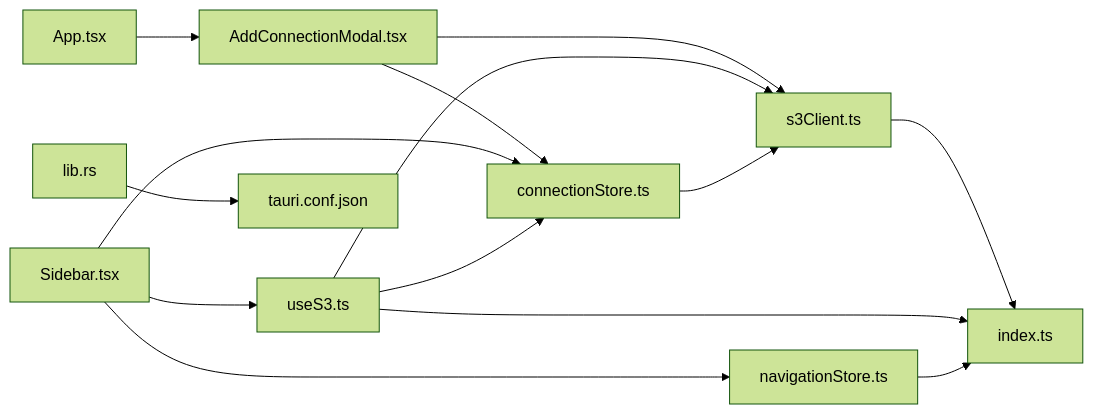
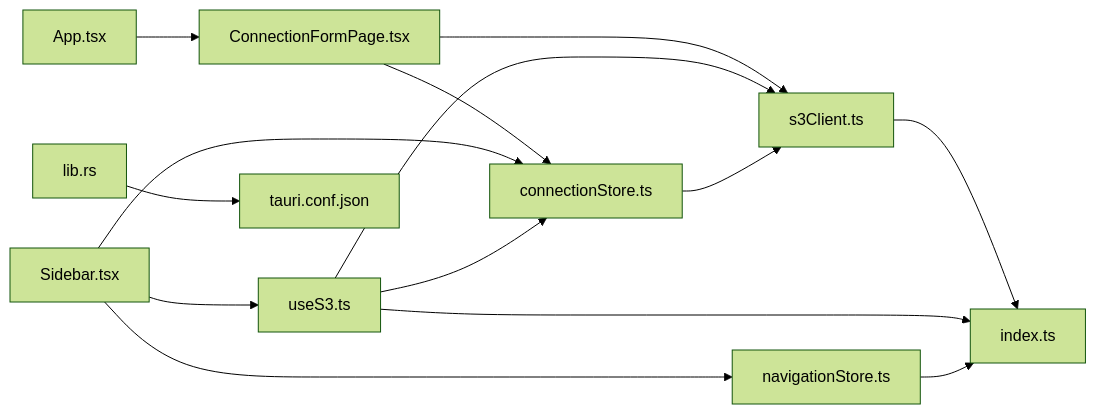
Before and after one commit to nasrulhadi/s3-explorer: the seventh of 7 diagrams in .qoder/repowiki/en/content/Core Features/Connection Management.md, drawn with Mermaid (forest theme). The commit also changed other lines of this file and 26 other files, not shown here.

````diff
--- a/.qoder/repowiki/en/content/Core Features/Connection Management.md
+++ b/.qoder/repowiki/en/content/Core Features/Connection Management.md
@@ -356,16 +357,16 @@
 ```mermaid
 graph LR
-App["App.tsx"] --> AddModal["AddConnectionModal.tsx"]
-AddModal --> ConnStore["connectionStore.ts"]
-AddModal --> S3Client["s3Client.ts"]
+App["App.tsx"] --> ConnForm["ConnectionFormPage.tsx"]
+ConnForm --> ConnStore["connectionStore.ts"]
+ConnForm --> S3Client["s3Client.ts"]
 Sidebar["Sidebar.tsx"] --> ConnStore
 Sidebar --> NavStore["navigationStore.ts"]
 Sidebar --> UseS3["useS3.ts"]
 UseS3 --> ConnStore
 UseS3 --> S3Client
 ConnStore --> S3Client
 S3Client --> Types["index.ts"]
 UseS3 --> Types
 NavStore --> Types
 TauriLib["lib.rs"] --> TauriConf["tauri.conf.json"]
 ```
````
